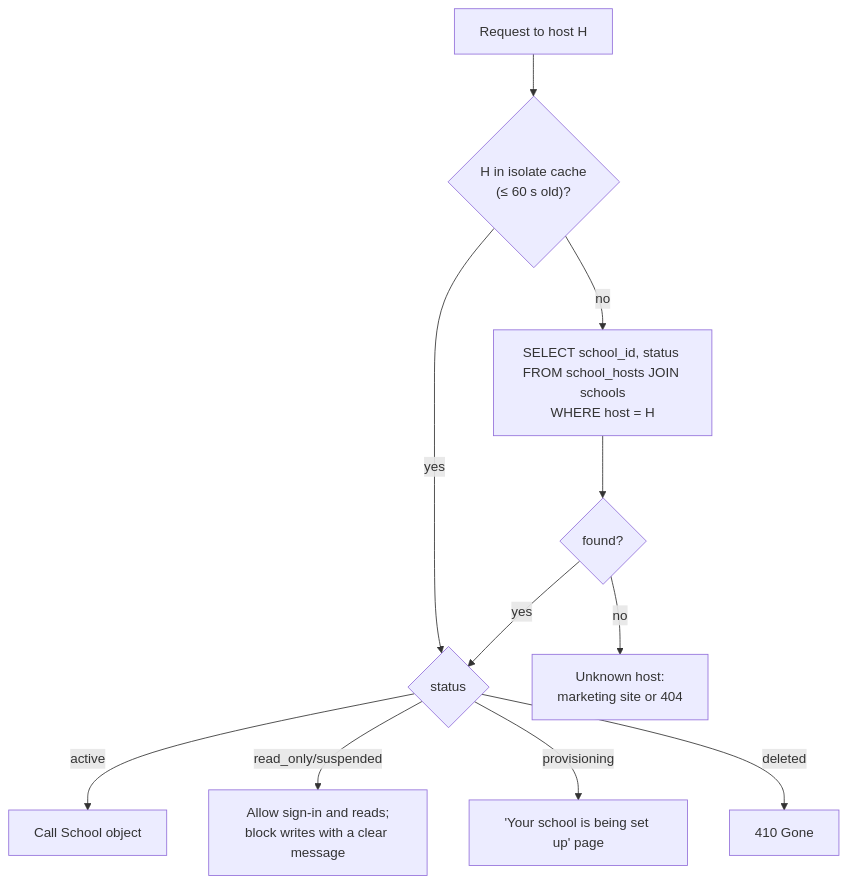
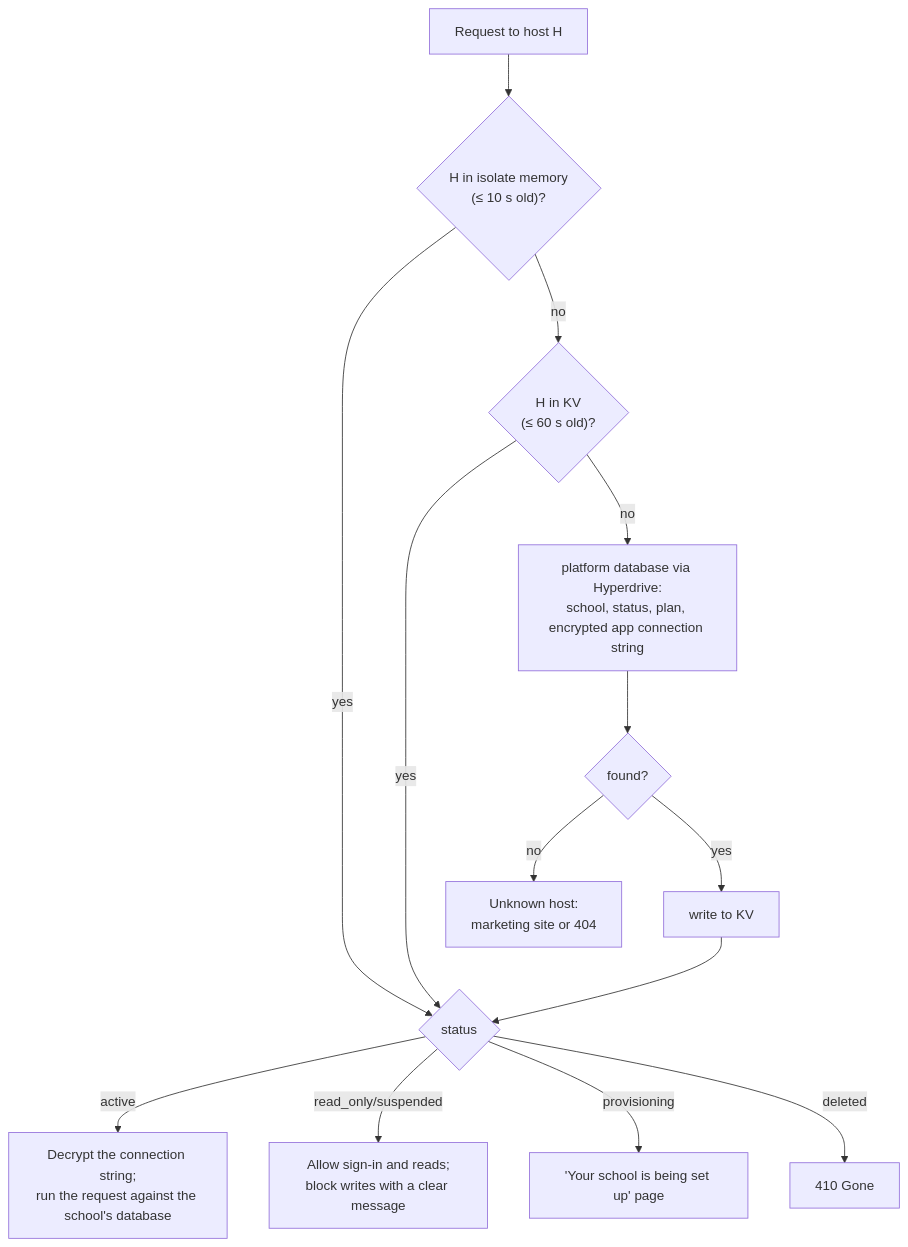
Before and after one commit to Arran0/EduBerry_2026: the third of 3 diagrams in docs/cloudflare-rebuild/11-tenancy-and-control-plane.md, drawn with Mermaid. The commit also changed other lines of this file and 10 other files, not shown here.

First line of the commit message:
Rebuild docs: rewrite platform docs 03 and 11-17 around Neon Postgres per school

````diff
--- a/docs/cloudflare-rebuild/11-tenancy-and-control-plane.md
+++ b/docs/cloudflare-rebuild/11-tenancy-and-control-plane.md
@@ -80,13 +102,15 @@
 ```mermaid
 flowchart TD
-  req["Request to host H"] --> cache{"H in isolate cache<br/>(≤ 60 s old)?"}
-  cache -- yes --> st
-  cache -- no --> d1["SELECT school_id, status FROM school_hosts JOIN schools<br/>WHERE host = H"]
-  d1 --> found{"found?"}
+  req["Request to host H"] --> mem{"H in isolate memory<br/>(≤ 10 s old)?"}
+  mem -- yes --> st
+  mem -- no --> kv{"H in KV<br/>(≤ 60 s old)?"}
+  kv -- yes --> st
+  kv -- no --> pdb["platform database via Hyperdrive:<br/>school, status, plan, encrypted app connection string"]
+  pdb --> found{"found?"}
   found -- no --> unknown["Unknown host:<br/>marketing site or 404"]
-  found -- yes --> st{"status"}
-  st -- active --> go["Call School object"]
+  found -- yes --> put["write to KV"] --> st{"status"}
+  st -- active --> go["Decrypt the connection string;<br/>run the request against the school's database"]
   st -- read_only/suspended --> limited["Allow sign-in and reads;<br/>block writes with a clear message"]
   st -- provisioning --> wait["'Your school is being set up' page"]
   st -- deleted --> gone["410 Gone"]
 ```
````
